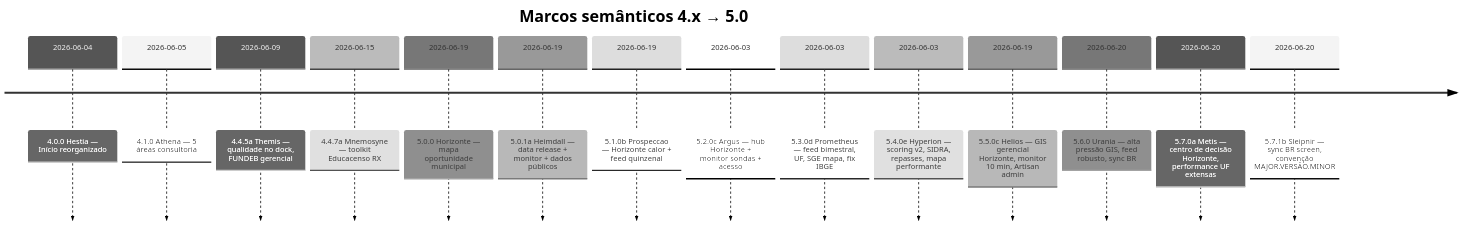
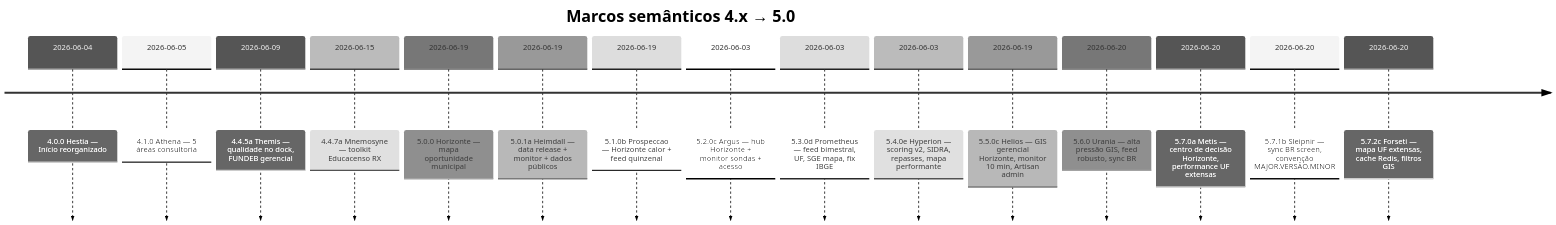
One commit to JaderGabriel/serventec-servlitcys changed the diagram in docs/HISTORICO_VERSOES.md. Above: the diagram before and after it, drawn with Mermaid (neutral theme). The commit also changed other lines of this file and 19 other files, not shown here.

First line of the commit message:
Release 5.7.2 Forseti: mapa UF extensas e filtros GIS no Horizonte.

````diff
--- a/docs/HISTORICO_VERSOES.md
+++ b/docs/HISTORICO_VERSOES.md
@@ -20,18 +20,19 @@
 ```mermaid
 timeline
     title Marcos semânticos 4.x → 5.0
     2026-06-04 : 4.0.0 Hestia — Início reorganizado
     2026-06-05 : 4.1.0 Athena — 5 áreas consultoria
     2026-06-09 : 4.4.5a Themis — qualidade no dock, FUNDEB gerencial
     2026-06-15 : 4.4.7a Mnemosyne — toolkit Educacenso RX
     2026-06-19 : 5.0.0 Horizonte — mapa oportunidade municipal
     2026-06-19 : 5.0.1a Heimdall — data release + monitor + dados públicos
     2026-06-19 : 5.1.0b Prospeccao — Horizonte calor + feed quinzenal
     2026-06-03 : 5.2.0c Argus — hub Horizonte + monitor sondas + acesso
     2026-06-03 : 5.3.0d Prometheus — feed bimestral, UF, SGE mapa, fix IBGE
     2026-06-03 : 5.4.0e Hyperion — scoring v2, SIDRA, repasses, mapa performante
     2026-06-19 : 5.5.0c Helios — GIS gerencial Horizonte, monitor 10 min, Artisan admin
     2026-06-20 : 5.6.0 Urania — alta pressão GIS, feed robusto, sync BR
     2026-06-20 : 5.7.0a Metis — centro de decisão Horizonte, performance UF extensas
     2026-06-20 : 5.7.1b Sleipnir — sync BR screen, convenção MAJOR.VERSÃO.MINOR
+    2026-06-20 : 5.7.2c Forseti — mapa UF extensas, cache Redis, filtros GIS
 ```
````
